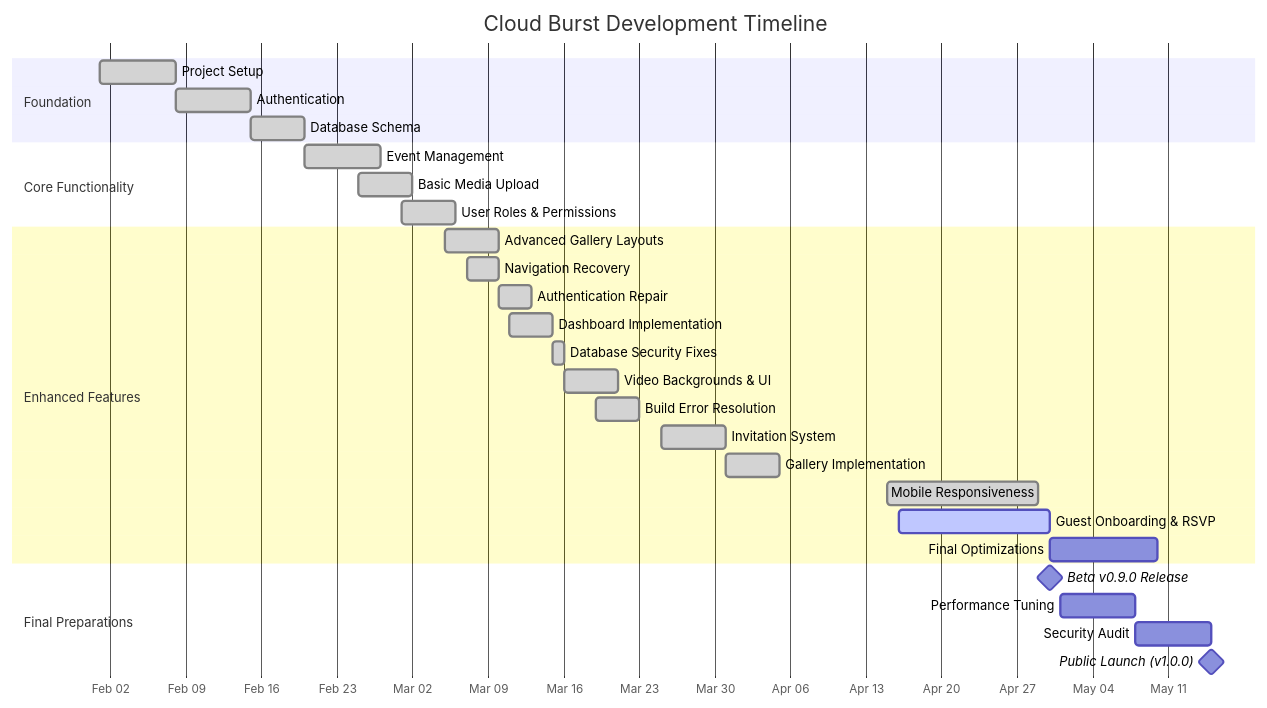
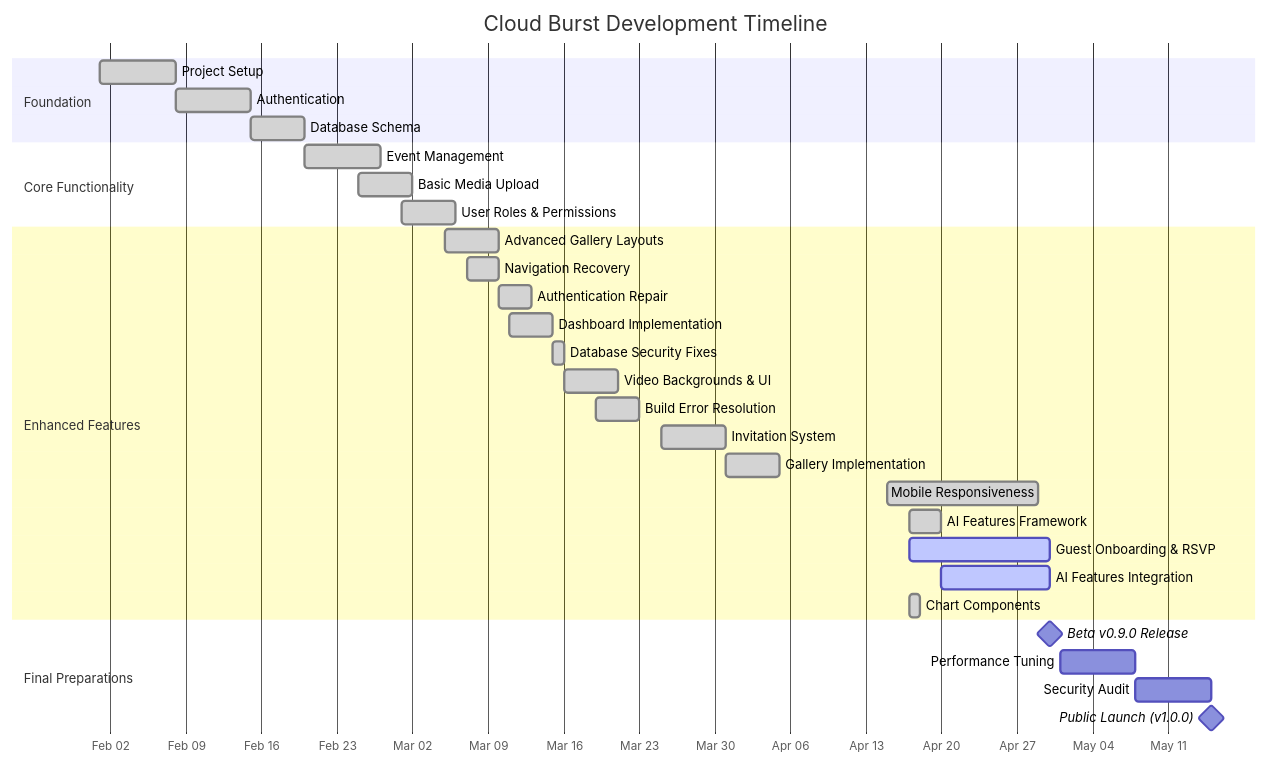
Before and after one commit to mrj0nesmtl/cloud-burst: the first of 2 diagrams in docs/planning/roadmap.md, drawn with Mermaid. The commit also changed other lines of this file and 43 other files, not shown here.

````diff
--- a/docs/planning/roadmap.md
+++ b/docs/planning/roadmap.md
@@ -116,36 +122,38 @@
 ```mermaid
 gantt
     title Cloud Burst Development Timeline
     dateFormat  YYYY-MM-DD
     axisFormat %b %d
     
     section Foundation
     Project Setup           :done, f1, 2025-02-01, 7d
     Authentication          :done, f2, 2025-02-08, 7d
     Database Schema         :done, f3, 2025-02-15, 5d
     
     section Core Functionality
     Event Management        :done, c1, 2025-02-20, 7d
     Basic Media Upload      :done, c2, 2025-02-25, 5d
     User Roles & Permissions:done, c3, 2025-03-01, 5d
     
     section Enhanced Features
     Advanced Gallery Layouts:done, e1, 2025-03-05, 5d
     Navigation Recovery     :done, e2, 2025-03-07, 3d
     Authentication Repair   :done, e3, 2025-03-10, 3d
     Dashboard Implementation:done, e4, 2025-03-11, 4d
     Database Security Fixes :done, e5, 2025-03-15, 1d
     Video Backgrounds & UI  :done, e6, 2025-03-16, 5d
     Build Error Resolution  :done, e7, 2025-03-19, 4d
     Invitation System       :done, e8, 2025-03-25, 6d
     Gallery Implementation  :done, e9, 2025-03-31, 5d
     Mobile Responsiveness   :done, e10, 2025-04-15, 14d
-    Guest Onboarding & RSVP :active, e11, 2025-04-16, 14d
-    Final Optimizations     :e12, 2025-04-30, 10d
+    AI Features Framework   :done, e11, 2025-04-17, 3d
+    Guest Onboarding & RSVP :active, e12, 2025-04-17, 13d
+    AI Features Integration :active, e13, 2025-04-20, 10d
+    Chart Components        :done, e14, 2025-04-17, 1d
     
     section Final Preparations
     Beta v0.9.0 Release     :milestone, b1, 2025-04-30, 0d
     Performance Tuning      :o1, 2025-05-01, 7d
     Security Audit          :o2, 2025-05-08, 7d
     Public Launch (v1.0.0)  :milestone, l3, 2025-05-15, 0d
 ```
````
